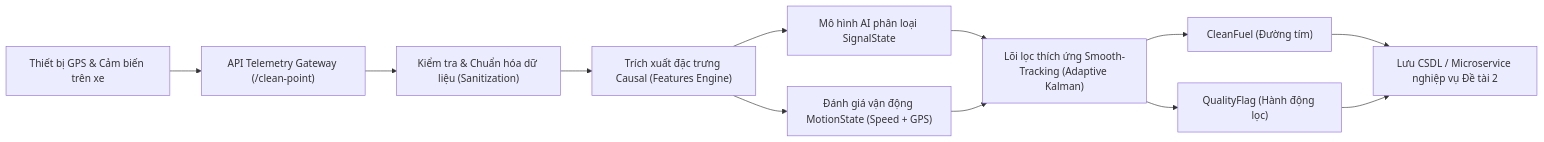
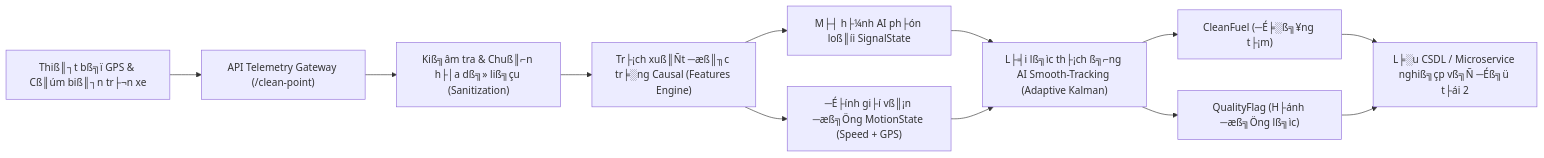
Before and after one commit to HOANGTHI2509/THUCTAP-VICOMSAT-D1: the first of 4 diagrams in README.md, drawn with Mermaid. The commit also changed other lines of this file, not shown here.

````diff
--- a/README.md
+++ b/README.md
@@ -77,14 +46,14 @@
 ```mermaid
 flowchart LR
-    A["Thiết bị GPS & Cảm biến trên xe"] --> B["API Telemetry Gateway (/clean-point)"]
-    B --> C["Kiểm tra & Chuẩn hóa dữ liệu (Sanitization)"]
-    C --> D["Trích xuất đặc trưng Causal (Features Engine)"]
-    D --> E["Mô hình AI phân loại SignalState"]
-    D --> I["Đánh giá vận động MotionState (Speed + GPS)"]
-    E --> F["Lõi lọc thích ứng Smooth-Tracking (Adaptive Kalman)"]
+    A["Thiß║┐t bß╗ï GPS & Cß║úm biß║┐n tr├¬n xe"] --> B["API Telemetry Gateway (/clean-point)"]
+    B --> C["Kiß╗âm tra & Chuß║⌐n h├│a dß╗» liß╗çu (Sanitization)"]
+    C --> D["Tr├¡ch xuß║Ñt ─æß║╖c tr╞░ng Causal (Features Engine)"]
+    D --> E["M├┤ h├¼nh AI ph├ón loß║íi SignalState"]
+    D --> I["─É├ính gi├í vß║¡n ─æß╗Öng MotionState (Speed + GPS)"]
+    E --> F["L├╡i lß╗ìc th├¡ch ß╗⌐ng AI Smooth-Tracking (Adaptive Kalman)"]
     I --> F
-    F --> G["CleanFuel (Đường tím)"]
-    F --> H["QualityFlag (Hành động lọc)"]
-    G --> J["Lưu CSDL / Microservice nghiệp vụ Đề tài 2"]
+    F --> G["CleanFuel (─É╞░ß╗¥ng t├¡m)"]
+    F --> H["QualityFlag (H├ánh ─æß╗Öng lß╗ìc)"]
+    G --> J["L╞░u CSDL / Microservice nghiß╗çp vß╗Ñ ─Éß╗ü t├ái 2"]
     H --> J
 ```
````
